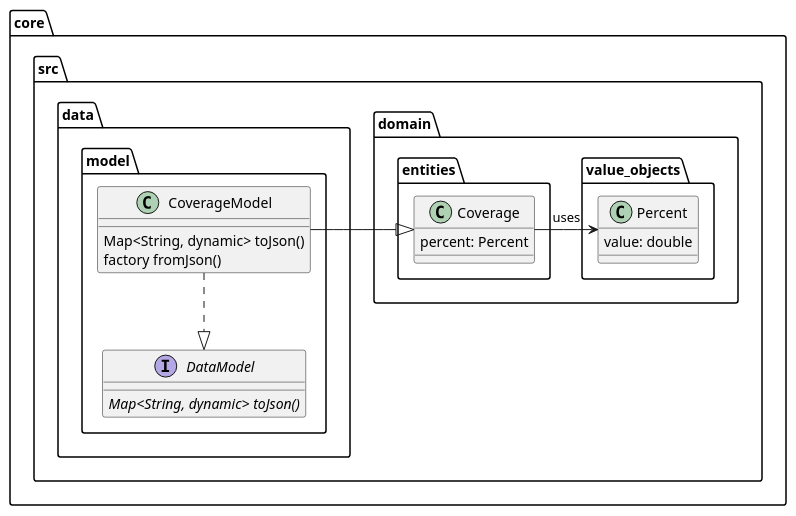
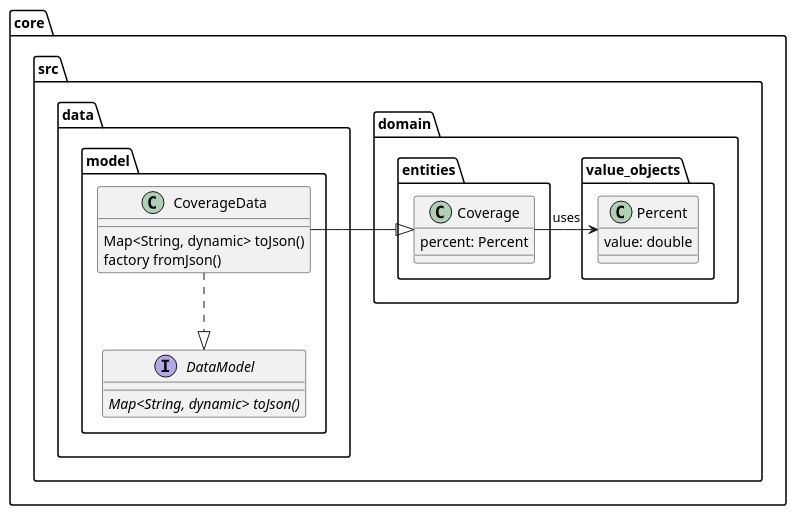
Before and after one commit to Flank/flank-dashboard: the diagram in metrics/ci_integrations/docs/diagrams/ci_integrations_coverage_class_diagram.puml, drawn with PlantUML. The commit also changed 5 other files, not shown here.

Commit message:
Rename CoverageModel to CoverageData and fix typo

```diff
--- a/metrics/ci_integrations/docs/diagrams/ci_integrations_coverage_class_diagram.puml
+++ b/metrics/ci_integrations/docs/diagrams/ci_integrations_coverage_class_diagram.puml
@@ -1,37 +1,37 @@
 @startuml coverage_data_model_class_diagram
 
 package core.src {
     package domain {
         package value_objects {
             class Percent {
                 value: double
             }
         }
 
         package entities {
             class Coverage {
                 percent: Percent
             }
         }
     }
 
 
     package data.model {
-        class CoverageModel {
+        class CoverageData {
             Map<String, dynamic> toJson()
             factory fromJson()
         }
 
         interface DataModel {
             {abstract} Map<String, dynamic> toJson()
         }
     }
 }
 
 Coverage -> Percent : uses
-CoverageModel -|> Coverage
+CoverageData -|> Coverage
 
-CoverageModel ..|> DataModel
+CoverageData ..|> DataModel
 
 
 @enduml
```
